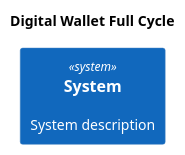
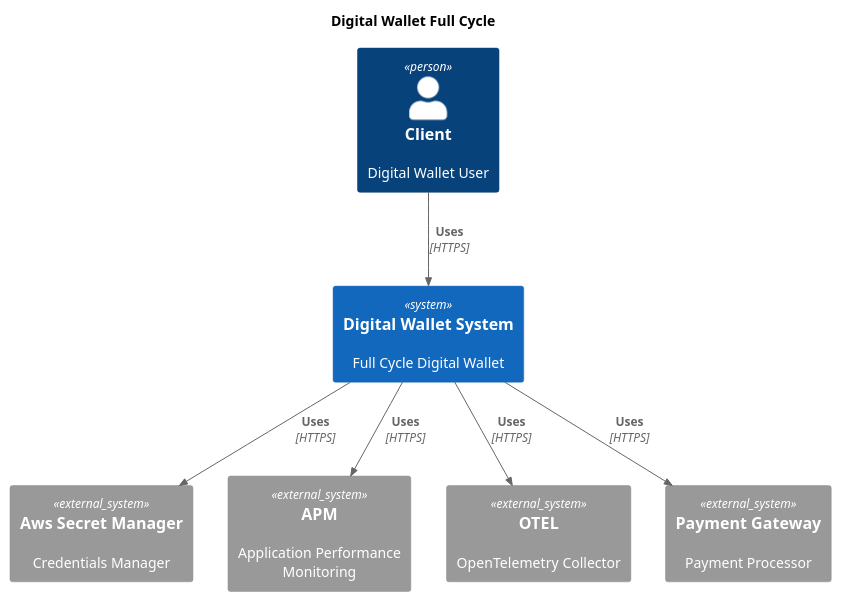
The diagram in context.puml (LuizFernandesOliveira/fullcycle-3-c4model), drawn with PlantUML before and after one commit. The commit also changed 1 other file, not shown here.

Commit message:
feat: add container

```diff
--- a/context.puml
+++ b/context.puml
@@ -1,8 +1,20 @@
 @startuml
-!include https://raw.githubusercontent.com/plantuml-stdlib/C4-PlantUML/master/C4_Container.puml
+!include https://raw.githubusercontent.com/plantuml-stdlib/C4-PlantUML/master/C4_Context.puml
 
 title "Digital Wallet Full Cycle"
 
-System("System", "System", "System description")
+Person(client, "Client", "Digital Wallet User")
+System(Wallet, "Digital Wallet System", "Full Cycle Digital Wallet")
+
+System_Ext(secret_manager, "Aws Secret Manager", "Credentials Manager")
+System_Ext(apm, "APM", "Application Performance Monitoring")
+System_Ext(collect, "OTEL", "OpenTelemetry Collector")
+System_Ext(payment_gateway, "Payment Gateway", "Payment Processor")
+
+Rel(client, Wallet, "Uses", "HTTPS")
+Rel(Wallet, secret_manager, "Uses", "HTTPS")
+Rel(Wallet, apm, "Uses", "HTTPS")
+Rel(Wallet, collect, "Uses", "HTTPS")
+Rel(Wallet, payment_gateway, "Uses", "HTTPS")
 
 @enduml
```
